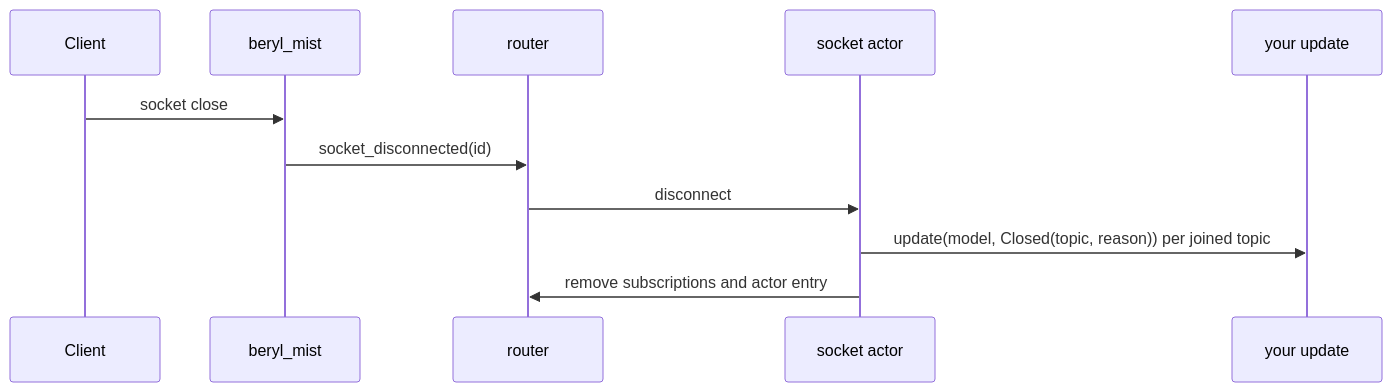
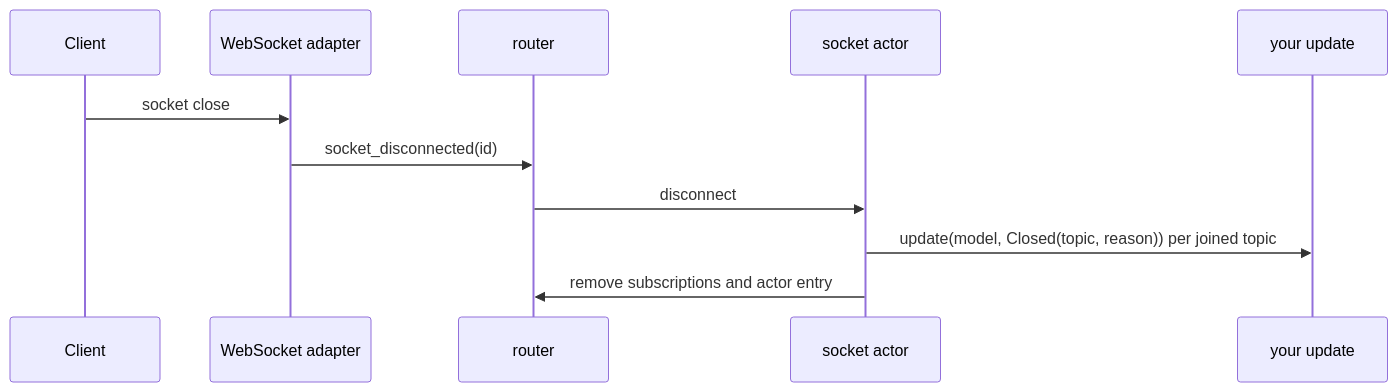
The sixth of 6 diagrams in website/src/content/docs/architecture/message-lifecycle.md (tylerbutler/beryl), drawn with Mermaid before and after one commit. The commit also changed other lines of this file and 76 other files, not shown here.

````diff
--- a/website/src/content/docs/architecture/message-lifecycle.md
+++ b/website/src/content/docs/architecture/message-lifecycle.md
@@ -125,13 +125,13 @@
 ```mermaid
 sequenceDiagram
   participant Client
-  participant Mist as beryl_mist
+  participant Transport as WebSocket adapter
   participant Router as router
   participant Socket as socket actor
   participant App as your update
-  Client->>Mist: socket close
-  Mist->>Router: socket_disconnected(id)
+  Client->>Transport: socket close
+  Transport->>Router: socket_disconnected(id)
   Router->>Socket: disconnect
   Socket->>App: update(model, Closed(topic, reason)) per joined topic
   Socket->>Router: remove subscriptions and actor entry
 ```
````
